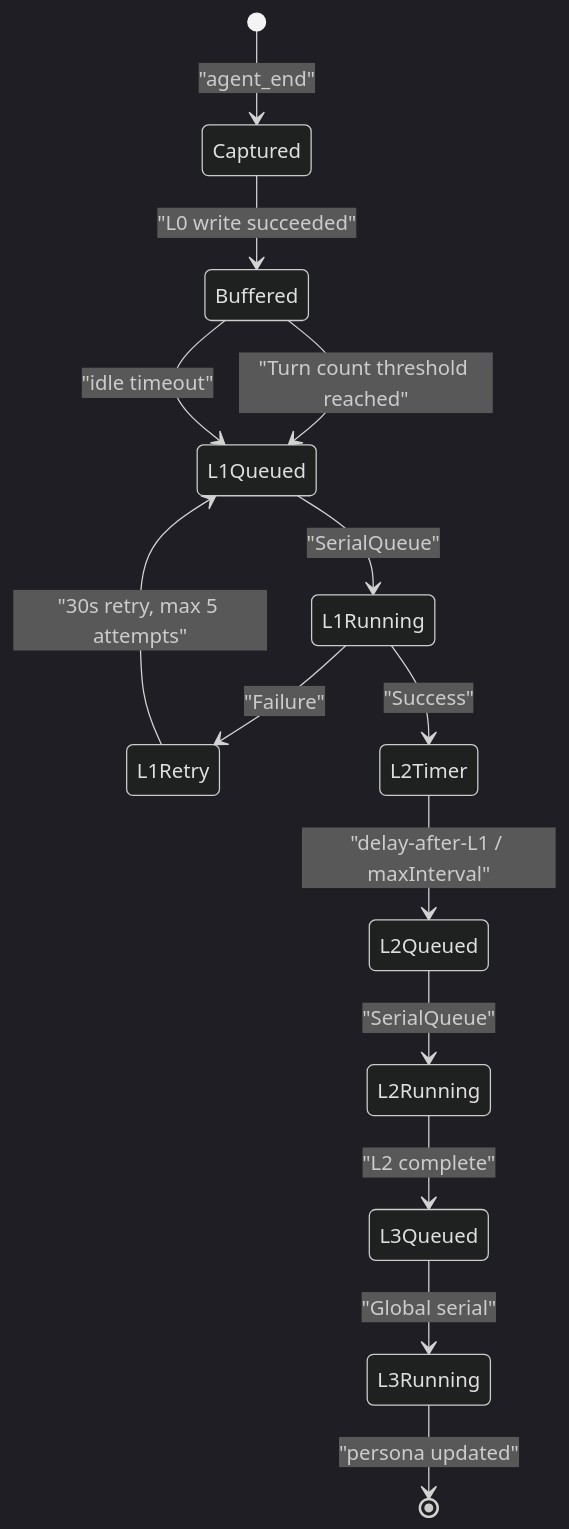
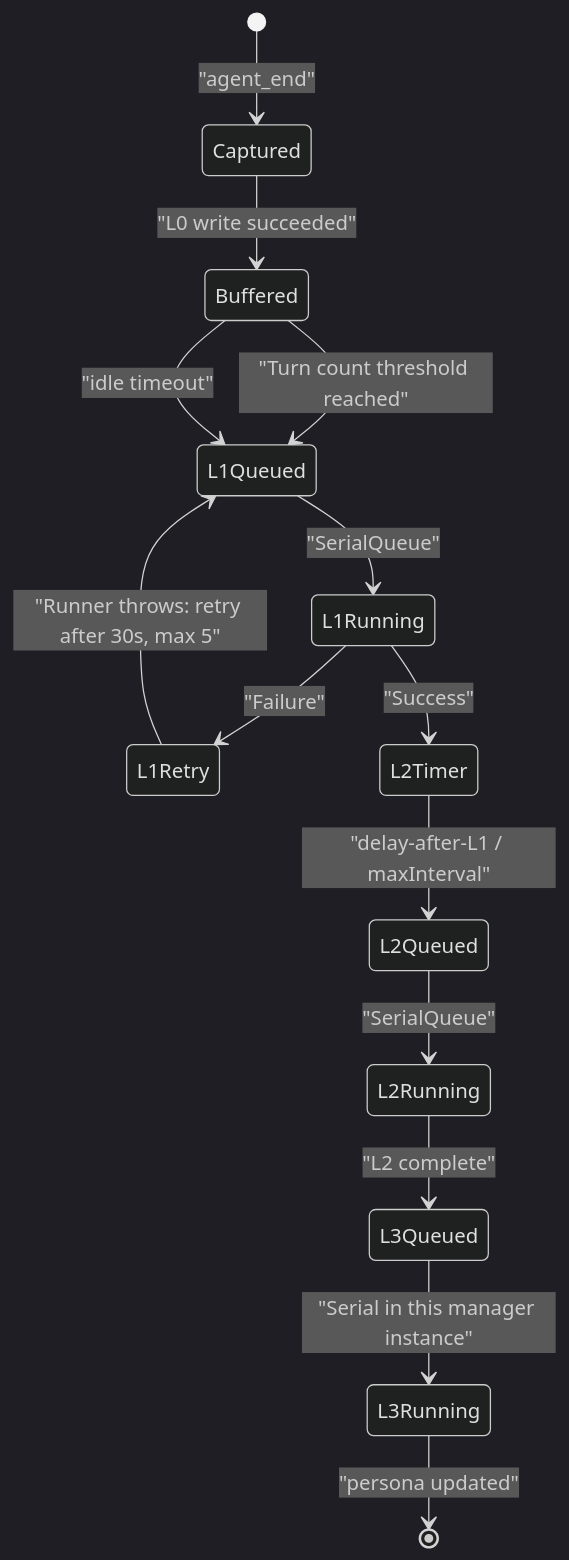
One commit to PorunC/interview changed the sixth of 14 diagrams in 问题/05-英文面试/Agent-Memory-端到端系统深挖-英文.md. Above: the diagram before and after it, drawn with Mermaid (dark theme). The commit also changed other lines of this file and 27 other files, not shown here.

````diff
--- a/问题/05-英文面试/Agent-Memory-端到端系统深挖-英文.md
+++ b/问题/05-英文面试/Agent-Memory-端到端系统深挖-英文.md
@@ -267,16 +267,16 @@
 ```mermaid
 stateDiagram-v2
   [*] --> Captured: "agent_end"
   Captured --> Buffered: "L0 write succeeded"
   Buffered --> L1Queued: "Turn count threshold reached"
   Buffered --> L1Queued: "idle timeout"
   L1Queued --> L1Running: "SerialQueue"
   L1Running --> L1Retry: "Failure"
-  L1Retry --> L1Queued: "30s retry, max 5 attempts"
+  L1Retry --> L1Queued: "Runner throws: retry after 30s, max 5"
   L1Running --> L2Timer: "Success"
   L2Timer --> L2Queued: "delay-after-L1 / maxInterval"
   L2Queued --> L2Running: "SerialQueue"
   L2Running --> L3Queued: "L2 complete"
-  L3Queued --> L3Running: "Global serial"
+  L3Queued --> L3Running: "Serial in this manager instance"
   L3Running --> [*]: "persona updated"
 ```
````
